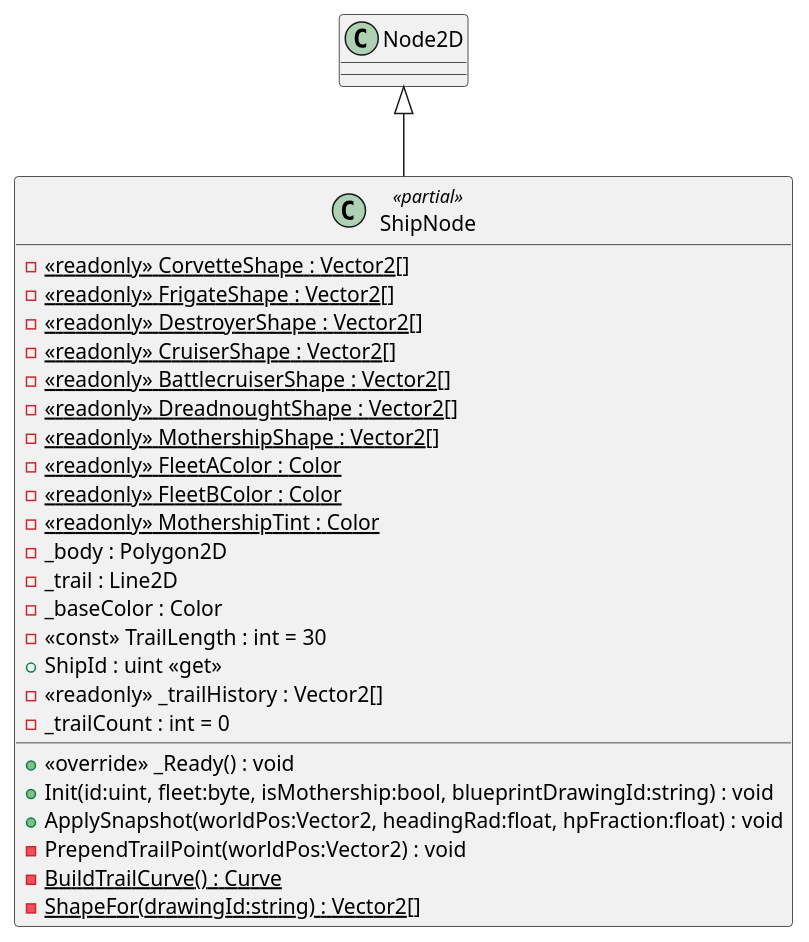
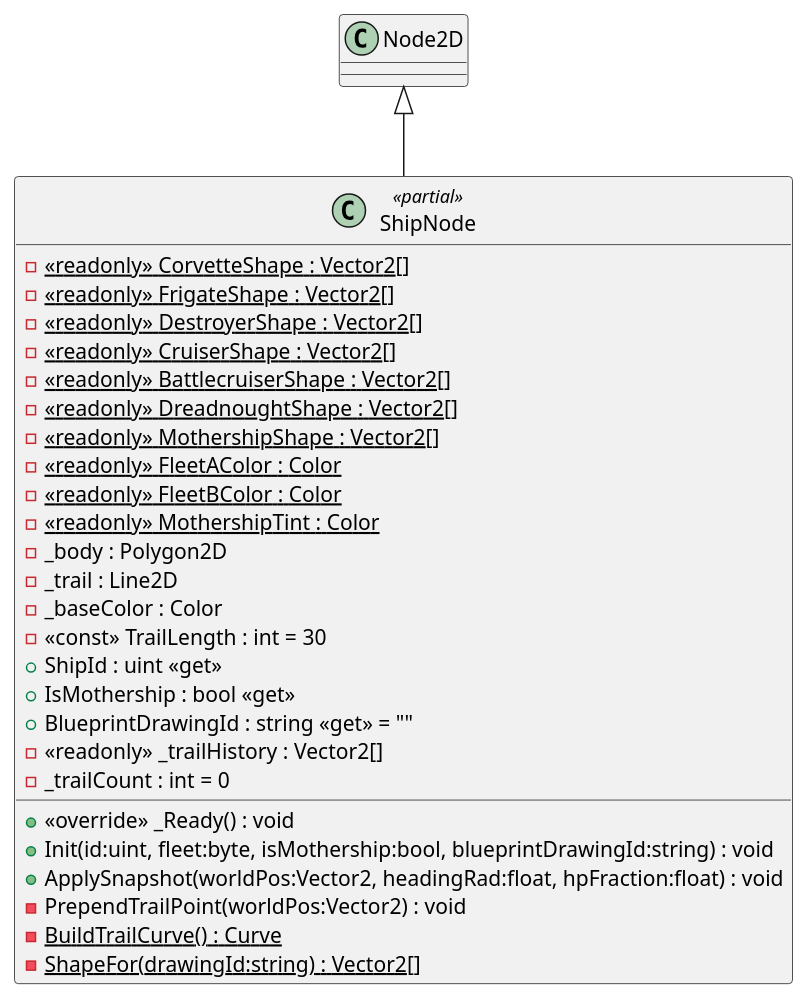
Before and after one commit to Tai-trinh/skock: the diagram in diagrams/csharp/client/src/rendering/ShipNode.puml, drawn with PlantUML. The commit also changed 17 other files, not shown here.

```diff
--- a/diagrams/csharp/client/src/rendering/ShipNode.puml
+++ b/diagrams/csharp/client/src/rendering/ShipNode.puml
@@ -1,28 +1,30 @@
 @startuml
 class ShipNode <<partial>> {
     - {static} <<readonly>> CorvetteShape : Vector2[]
     - {static} <<readonly>> FrigateShape : Vector2[]
     - {static} <<readonly>> DestroyerShape : Vector2[]
     - {static} <<readonly>> CruiserShape : Vector2[]
     - {static} <<readonly>> BattlecruiserShape : Vector2[]
     - {static} <<readonly>> DreadnoughtShape : Vector2[]
     - {static} <<readonly>> MothershipShape : Vector2[]
     - {static} <<readonly>> FleetAColor : Color
     - {static} <<readonly>> FleetBColor : Color
     - {static} <<readonly>> MothershipTint : Color
     - _body : Polygon2D
     - _trail : Line2D
     - _baseColor : Color
     - <<const>> TrailLength : int = 30
     + ShipId : uint <<get>>
+    + IsMothership : bool <<get>>
+    + BlueprintDrawingId : string <<get>> = ""
     + <<override>> _Ready() : void
     + Init(id:uint, fleet:byte, isMothership:bool, blueprintDrawingId:string) : void
     + ApplySnapshot(worldPos:Vector2, headingRad:float, hpFraction:float) : void
     - <<readonly>> _trailHistory : Vector2[]
     - _trailCount : int = 0
     - PrependTrailPoint(worldPos:Vector2) : void
     - {static} BuildTrailCurve() : Curve
     - {static} ShapeFor(drawingId:string) : Vector2[]
 }
 Node2D <|-- ShipNode
 @enduml
```
